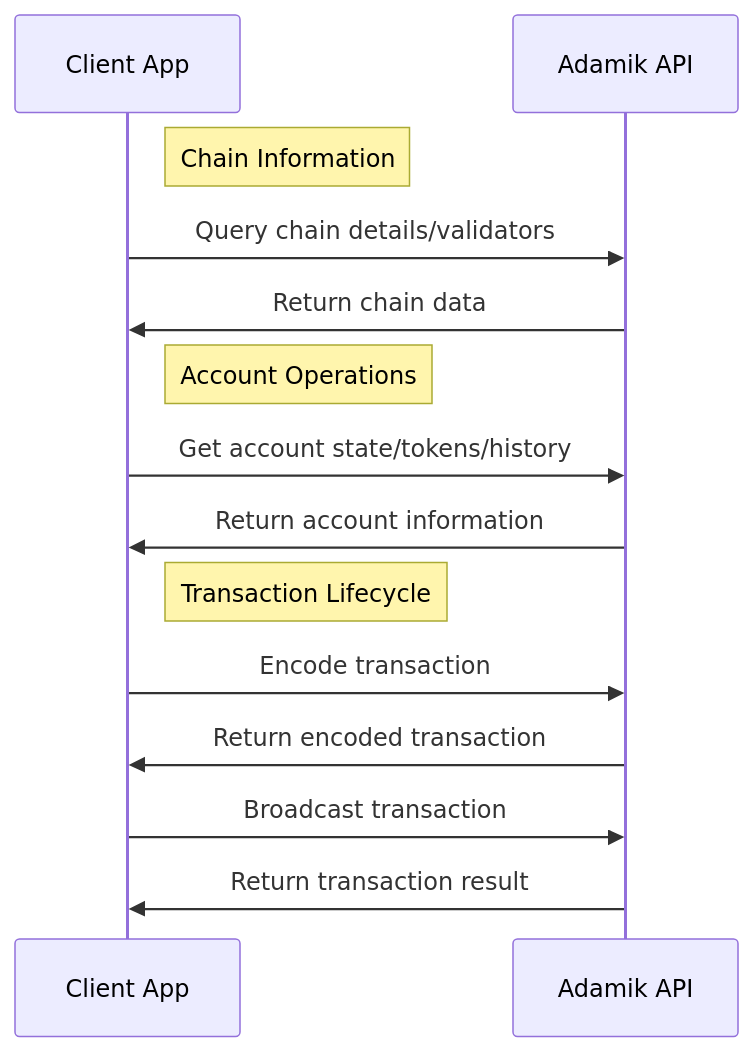
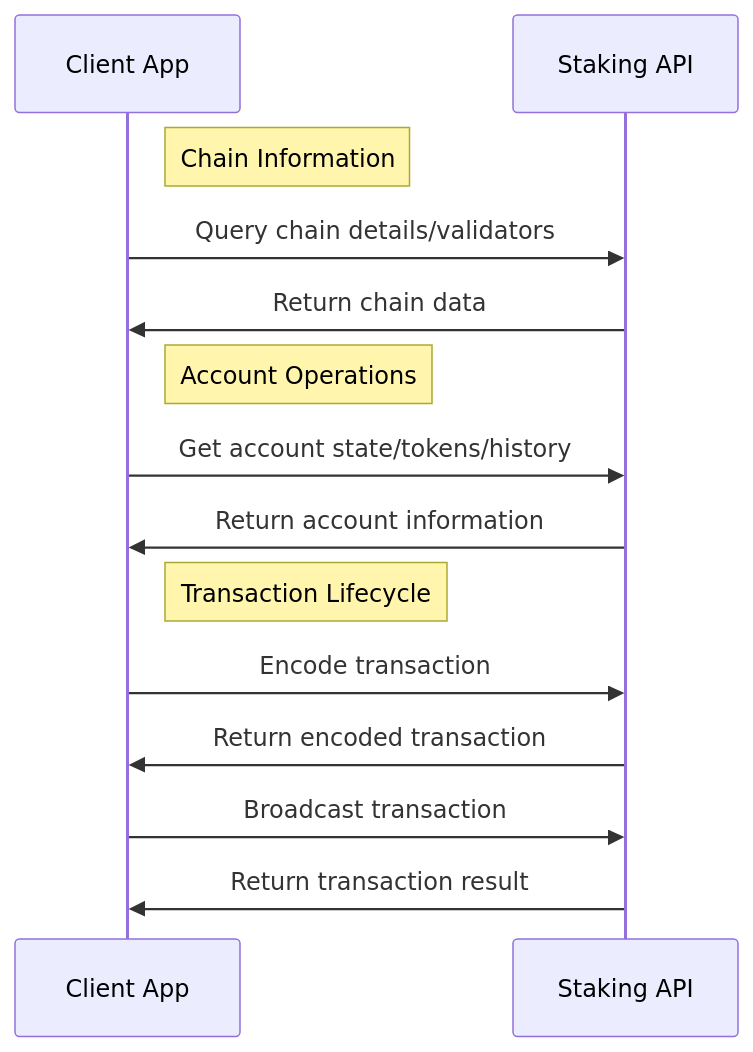
One commit to fabrice-adamik/docs-1 changed the diagram in get_started/overview.mdx. Above: the diagram before and after it, drawn with Mermaid. The commit also changed other lines of this file and 4 other files, not shown here.

````diff
--- a/get_started/overview.mdx
+++ b/get_started/overview.mdx
@@ -16,22 +16,22 @@
 ```mermaid
 sequenceDiagram
     participant CLIENT as Client App
-    participant ADAMIK as Adamik API
+    participant STAKING as Staking API
 
     %% Chain & Network Info %%
     Note right of CLIENT: Chain Information
-    CLIENT->>ADAMIK: Query chain details/validators
-    ADAMIK->>CLIENT: Return chain data
+    CLIENT->>STAKING: Query chain details/validators
+    STAKING->>CLIENT: Return chain data
 
     %% Account Operations %%
     Note right of CLIENT: Account Operations
-    CLIENT->>ADAMIK: Get account state/tokens/history
-    ADAMIK->>CLIENT: Return account information
+    CLIENT->>STAKING: Get account state/tokens/history
+    STAKING->>CLIENT: Return account information
 
     %% Transaction Lifecycle %%
     Note right of CLIENT: Transaction Lifecycle
-    CLIENT->>ADAMIK: Encode transaction
-    ADAMIK->>CLIENT: Return encoded transaction
-    CLIENT->>ADAMIK: Broadcast transaction
-    ADAMIK->>CLIENT: Return transaction result
+    CLIENT->>STAKING: Encode transaction
+    STAKING->>CLIENT: Return encoded transaction
+    CLIENT->>STAKING: Broadcast transaction
+    STAKING->>CLIENT: Return transaction result
 ```
````
